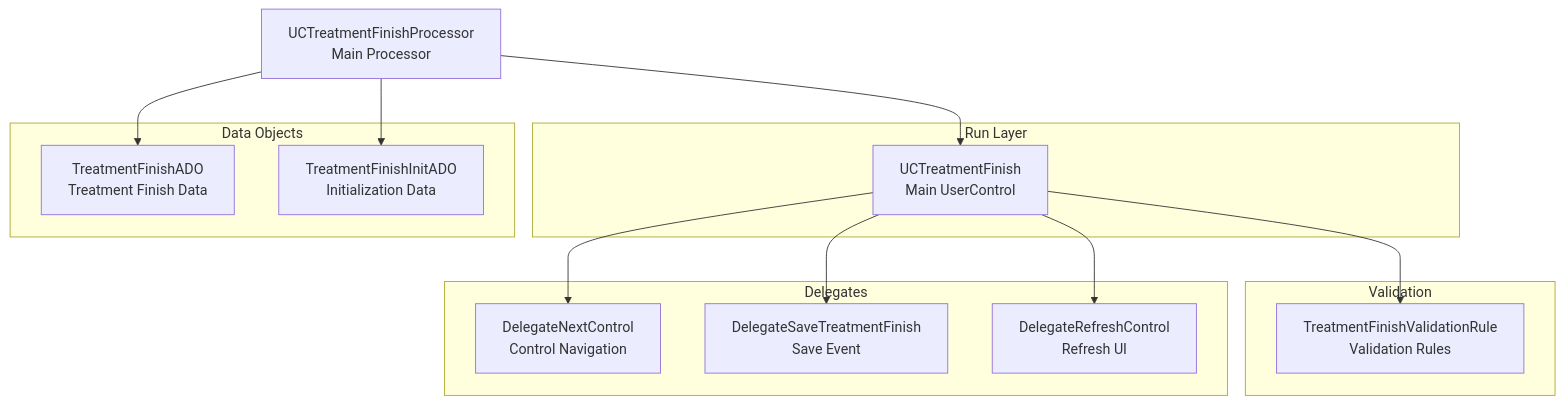
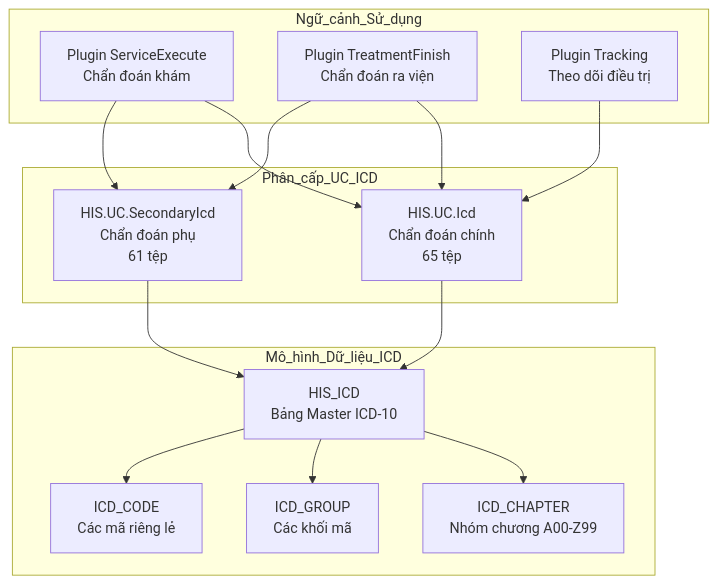
One commit to thangpnb/HIS changed diagram 15 of 20 in docs/his-ba-documentation/02-modules/uc-controls/form-type-controls.md. Above: the diagram before and after it, drawn with Mermaid. The commit also changed other lines of this file and 30 other files, not shown here.

Commit message:
Refactor architecture docs and update translations

````diff
--- a/docs/his-ba-documentation/02-modules/uc-controls/form-type-controls.md
+++ b/docs/his-ba-documentation/02-modules/uc-controls/form-type-controls.md
@@ -1003,32 +1736,32 @@
 ```mermaid
 graph TB
-    Processor["UCTreatmentFinishProcessor<br/>Main Processor"]
-    
-    subgraph "Run Layer"
-        UCTreatmentFinish["UCTreatmentFinish<br/>Main UserControl"]
+    subgraph "Phân_cấp_UC_ICD"
+        IcdMain["HIS.UC.Icd<br/>Chẩn đoán chính<br/>65 tệp"]
+        SecondaryIcd["HIS.UC.SecondaryIcd<br/>Chẩn đoán phụ<br/>61 tệp"]
     end
     
-    subgraph "Data Objects"
-        TreatmentFinishADO["TreatmentFinishADO<br/>Treatment Finish Data"]
-        TreatmentFinishInitADO["TreatmentFinishInitADO<br/>Initialization Data"]
+    subgraph "Mô_hình_Dữ_liệu_ICD"
+        IcdTable["HIS_ICD<br/>Bảng Master ICD-10"]
+        IcdChapter["ICD_CHAPTER<br/>Nhóm chương A00-Z99"]
+        IcdGroup["ICD_GROUP<br/>Các khối mã"]
+        IcdCode["ICD_CODE<br/>Các mã riêng lẻ"]
     end
     
-    subgraph "Validation"
-        TreatmentFinishValidationRule["TreatmentFinishValidationRule<br/>Validation Rules"]
+    subgraph "Ngữ_cảnh_Sử_dụng"
+        ExamPlugin["Plugin ServiceExecute<br/>Chẩn đoán khám"]
+        TreatmentPlugin["Plugin TreatmentFinish<br/>Chẩn đoán ra viện"]
+        TrackingPlugin["Plugin Tracking<br/>Theo dõi điều trị"]
     end
     
-    subgraph "Delegates"
-        DelegateNextControl["DelegateNextControl<br/>Control Navigation"]
-        DelegateSaveTreatmentFinish["DelegateSaveTreatmentFinish<br/>Save Event"]
-        DelegateRefreshControl["DelegateRefreshControl<br/>Refresh UI"]
-    end
+    IcdMain --> IcdTable
+    SecondaryIcd --> IcdTable
+    IcdTable --> IcdChapter
+    IcdTable --> IcdGroup
+    IcdTable --> IcdCode
     
-    Processor --> UCTreatmentFinish
-    Processor --> TreatmentFinishADO
-    Processor --> TreatmentFinishInitADO
-    
-    UCTreatmentFinish --> TreatmentFinishValidationRule
-    UCTreatmentFinish --> DelegateNextControl
-    UCTreatmentFinish --> DelegateSaveTreatmentFinish
-    UCTreatmentFinish --> DelegateRefreshControl
+    ExamPlugin --> IcdMain
+    ExamPlugin --> SecondaryIcd
+    TreatmentPlugin --> IcdMain
+    TreatmentPlugin --> SecondaryIcd
+    TrackingPlugin --> IcdMain
 ```
````
